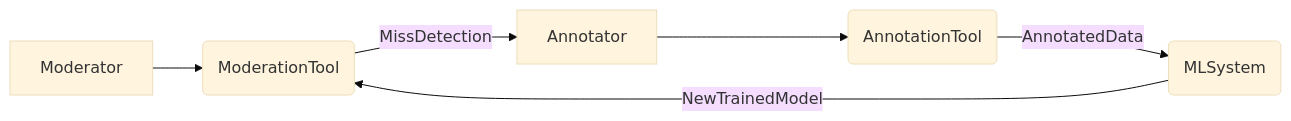
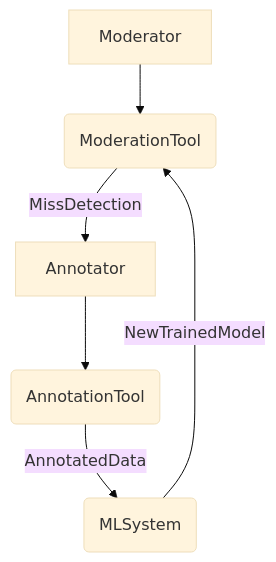
The diagram in README.md (konumaru/nlnomy), drawn with Mermaid (base theme) before and after one commit.

Commit message:
[update] write workflow

````diff
--- a/README.md
+++ b/README.md
@@ -20,8 +20,8 @@
 ```mermaid
-graph LR;
+graph TD;
     Moderator --> id1(ModerationTool);
     id1 -- MissDetection --> Annotator; 
     Annotator --> id2(AnnotationTool);
     id2 -- AnnotatedData --> id3(MLSystem);
     id3 -- NewTrainedModel --> id1;
 ```
````
